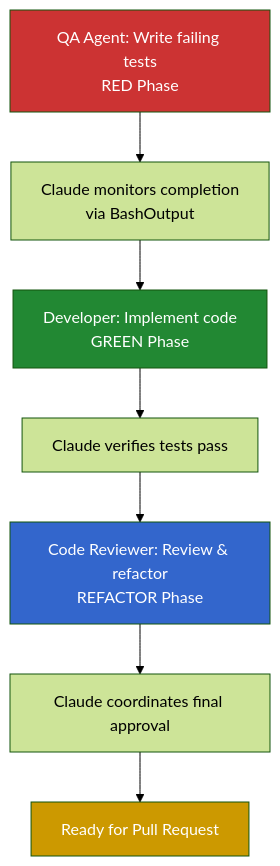
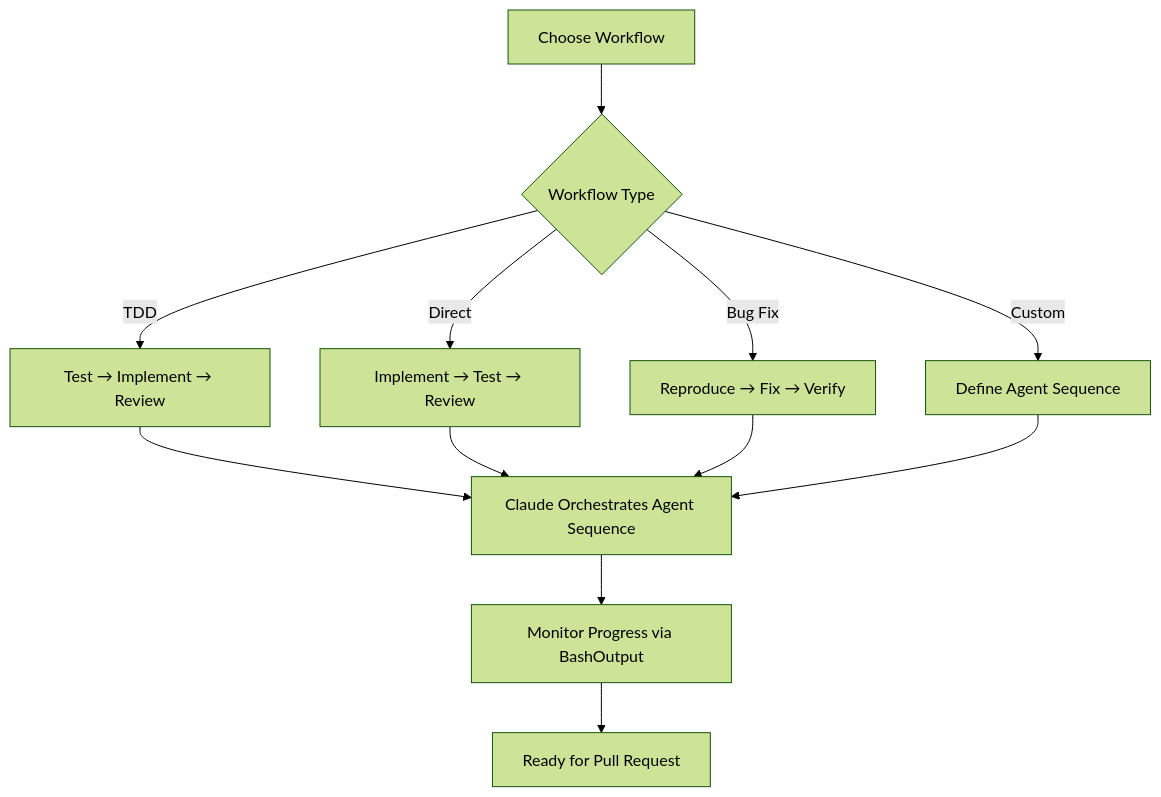
Before and after one commit to spiralhouse/cycletime: the diagram in docs/PARALLEL_DEVELOPMENT.md, drawn with Mermaid (forest theme). The commit also changed other lines of this file and 2 other files, not shown here.

First line of the commit message:
test: validate parallel TDD development with generic agents

````diff
--- a/docs/PARALLEL_DEVELOPMENT.md
+++ b/docs/PARALLEL_DEVELOPMENT.md
@@ -351,14 +360,14 @@
 ```mermaid
 flowchart TD
-    A[QA Agent: Write failing tests<br/>RED Phase] --> B[Claude monitors completion<br/>via BashOutput]
-    B --> C[Developer: Implement code<br/>GREEN Phase]
-    C --> D[Claude verifies tests pass]
-    D --> E[Code Reviewer: Review & refactor<br/>REFACTOR Phase]
-    E --> F[Claude coordinates final approval]
-    F --> G[Ready for Pull Request]
-    
-    style A fill:#cc3333,color:#ffffff
-    style C fill:#228833,color:#ffffff
-    style E fill:#3366cc,color:#ffffff
-    style G fill:#cc9900,color:#ffffff
+    A[Choose Workflow] --> B{Workflow Type}
+    B -->|TDD| C[Test → Implement → Review]
+    B -->|Direct| D[Implement → Test → Review]
+    B -->|Bug Fix| E[Reproduce → Fix → Verify]
+    B -->|Custom| F[Define Agent Sequence]
+    C --> G[Claude Orchestrates Agent Sequence]
+    D --> G
+    E --> G
+    F --> G
+    G --> H[Monitor Progress via BashOutput]
+    H --> I[Ready for Pull Request]
 ```
````
